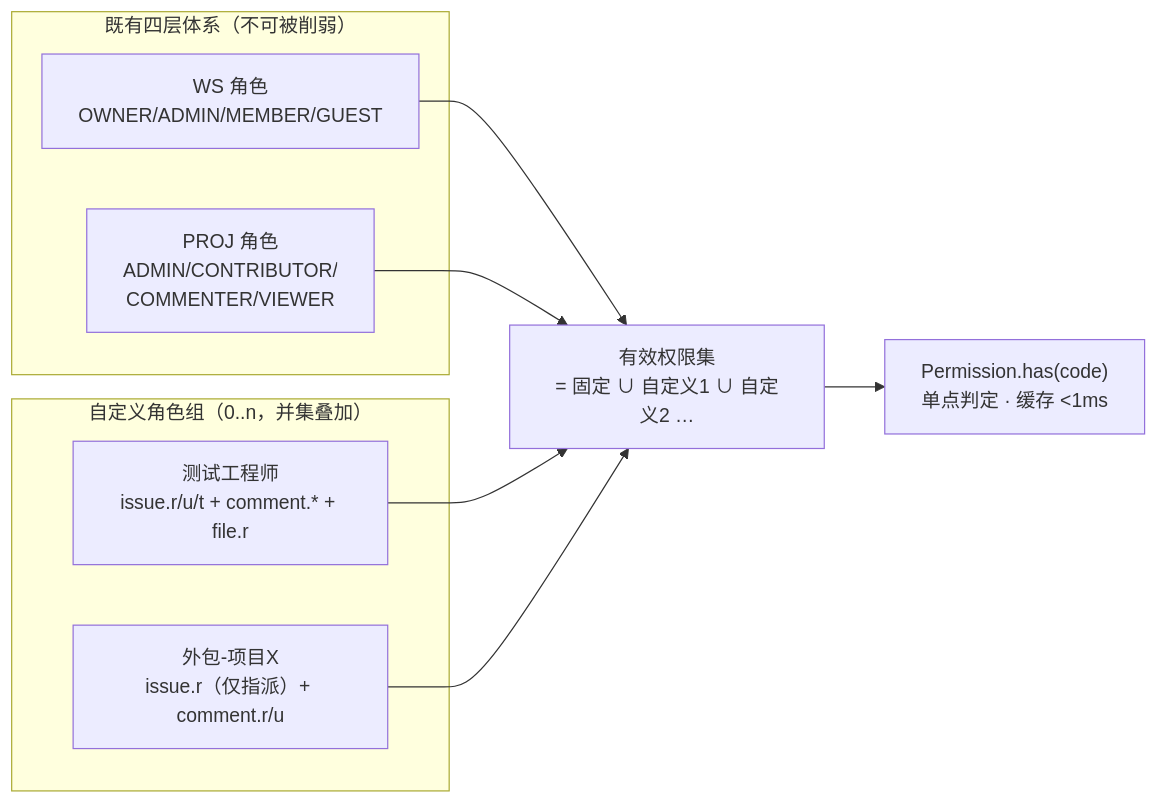
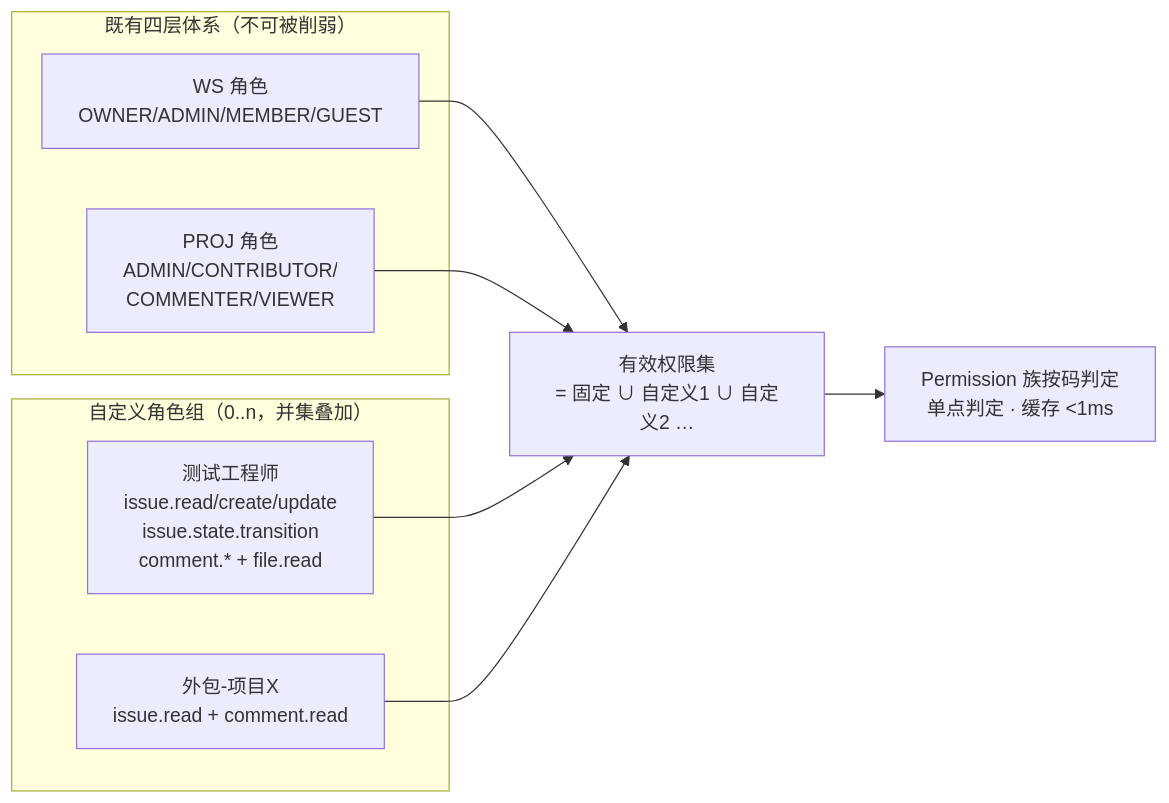
The first of 3 diagrams in docs/sprint-8-enterprise-org/AUTH-008-custom-roles.md (RabbitAI-Lab/RabbitProjects), drawn with Mermaid before and after one commit. The commit also changed other lines of this file and 13 other files, not shown here.

````diff
--- a/docs/sprint-8-enterprise-org/AUTH-008-custom-roles.md
+++ b/docs/sprint-8-enterprise-org/AUTH-008-custom-roles.md
@@ -35,16 +49,16 @@
 ```mermaid
 flowchart LR
     subgraph 固定层["既有四层体系（不可被削弱）"]
         WS["WS 角色<br/>OWNER/ADMIN/MEMBER/GUEST"]
         PRJ["PROJ 角色<br/>ADMIN/CONTRIBUTOR/<br/>COMMENTER/VIEWER"]
     end
     subgraph 自定义层["自定义角色组（0..n，并集叠加）"]
-        R1["测试工程师<br/>issue.r/u/t + comment.* + file.r"]
-        R2["外包-项目X<br/>issue.r（仅指派）+ comment.r/u"]
+        R1["测试工程师<br/>issue.read/create/update<br/>issue.state.transition<br/>comment.* + file.read"]
+        R2["外包-项目X<br/>issue.read + comment.read"]
     end
     WS --> EFF["有效权限集<br/>= 固定 ∪ 自定义1 ∪ 自定义2 …"]
     PRJ --> EFF
     R1 --> EFF
     R2 --> EFF
-    EFF --> GATE["Permission.has(code)<br/>单点判定 · 缓存 <1ms"]
+    EFF --> GATE["Permission 族按码判定<br/>单点判定 · 缓存 <1ms"]
 ```
````
